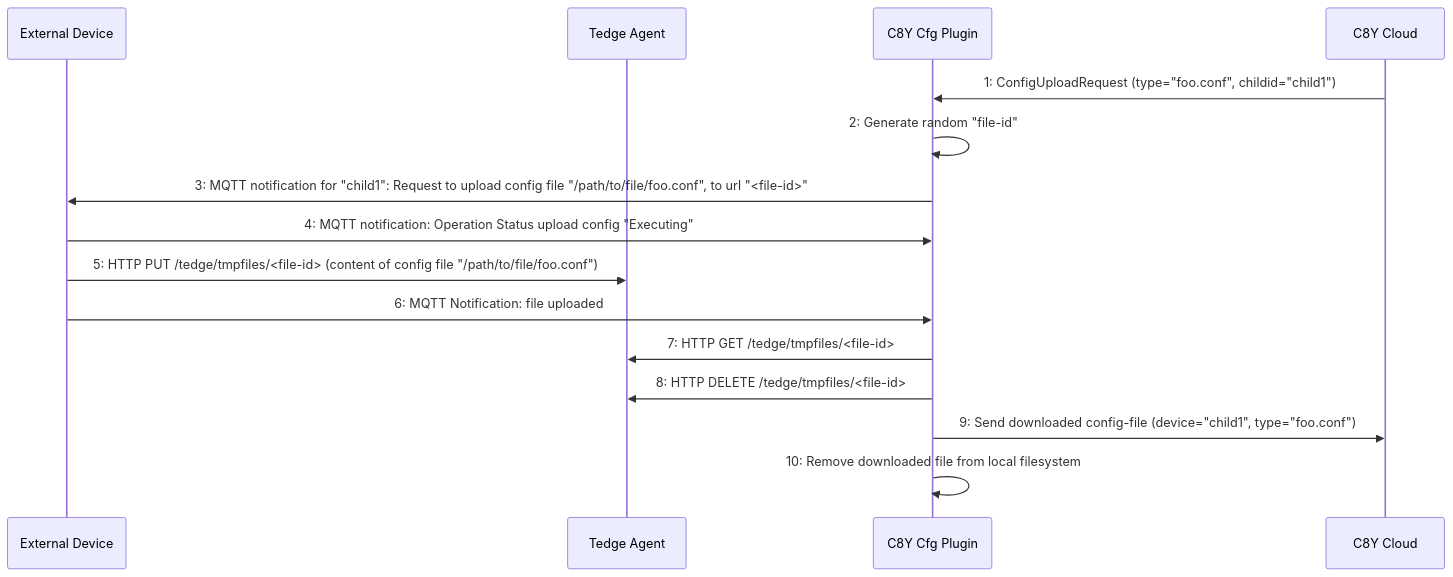
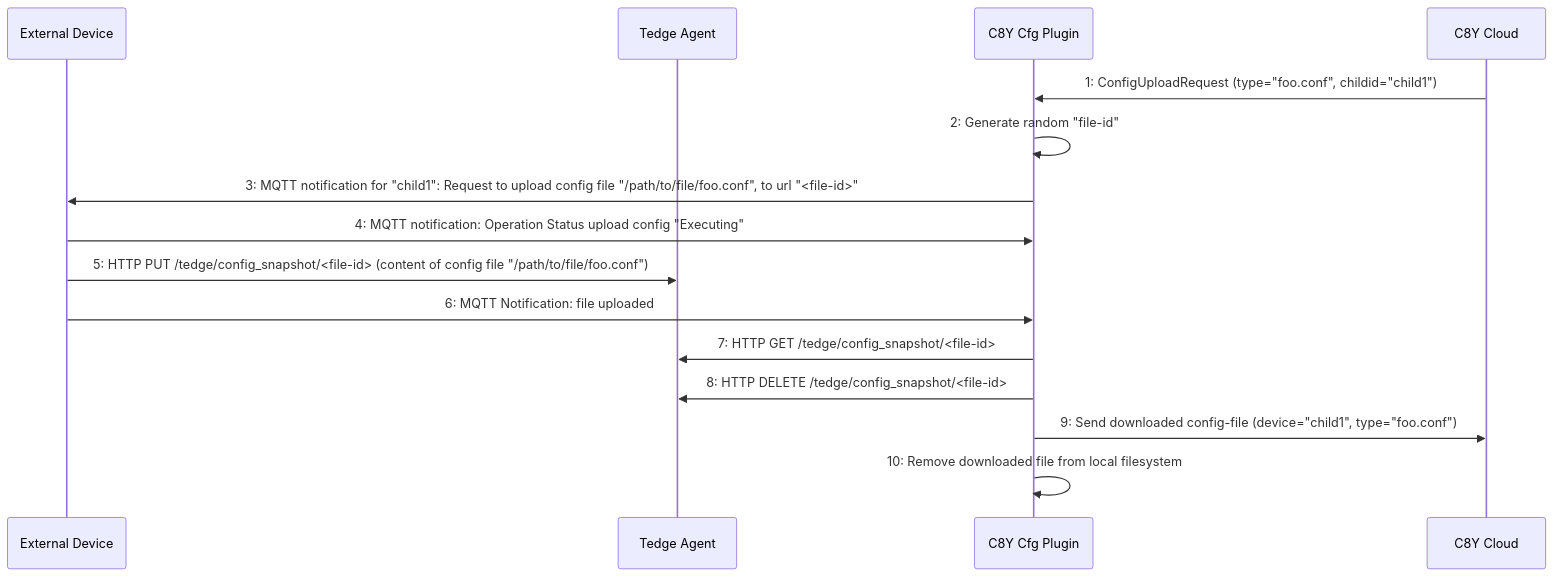
The first of 2 diagrams in docs/src/references/c8y-configuration-management.md (thin-edge/thin-edge.io), drawn with Mermaid before and after one commit. The commit also changed other lines of this file, not shown here.

Commit message:
correct HTTP URLs

````diff
--- a/docs/src/references/c8y-configuration-management.md
+++ b/docs/src/references/c8y-configuration-management.md
@@ -297,23 +299,23 @@
 ```mermaid
 sequenceDiagram
     participant External Device
     participant Tedge Agent
     participant C8Y Cfg Plugin
     participant C8Y Cloud
 
         C8Y Cloud->>C8Y Cfg Plugin: 1: ConfigUploadRequest (type="foo.conf", childid="child1")
         C8Y Cfg Plugin->>C8Y Cfg Plugin: 2: Generate random "file-id"
         C8Y Cfg Plugin->>External Device: 3: MQTT notification for "child1": Request to upload config file "/path/to/file/foo.conf", to url "<file-id>" 
 
         External Device->>C8Y Cfg Plugin: 4: MQTT notification: Operation Status upload config "Executing" 
 
-        External Device->>Tedge Agent: 5: HTTP PUT /tedge/tmpfiles/<file-id> (content of config file "/path/to/file/foo.conf")
+        External Device->>Tedge Agent: 5: HTTP PUT /tedge/config_snapshot/<file-id> (content of config file "/path/to/file/foo.conf")
 
         External Device->>C8Y Cfg Plugin: 6: MQTT Notification: file uploaded
         
-        C8Y Cfg Plugin->>Tedge Agent: 7: HTTP GET /tedge/tmpfiles/<file-id>
-        C8Y Cfg Plugin->>Tedge Agent: 8: HTTP DELETE /tedge/tmpfiles/<file-id>
+        C8Y Cfg Plugin->>Tedge Agent: 7: HTTP GET /tedge/config_snapshot/<file-id>
+        C8Y Cfg Plugin->>Tedge Agent: 8: HTTP DELETE /tedge/config_snapshot/<file-id>
         C8Y Cfg Plugin->>C8Y Cloud: 9: Send downloaded config-file (device="child1", type="foo.conf") 
 
         C8Y Cfg Plugin->>C8Y Cfg Plugin: 10: Remove downloaded file from local filesystem
 ```
````
